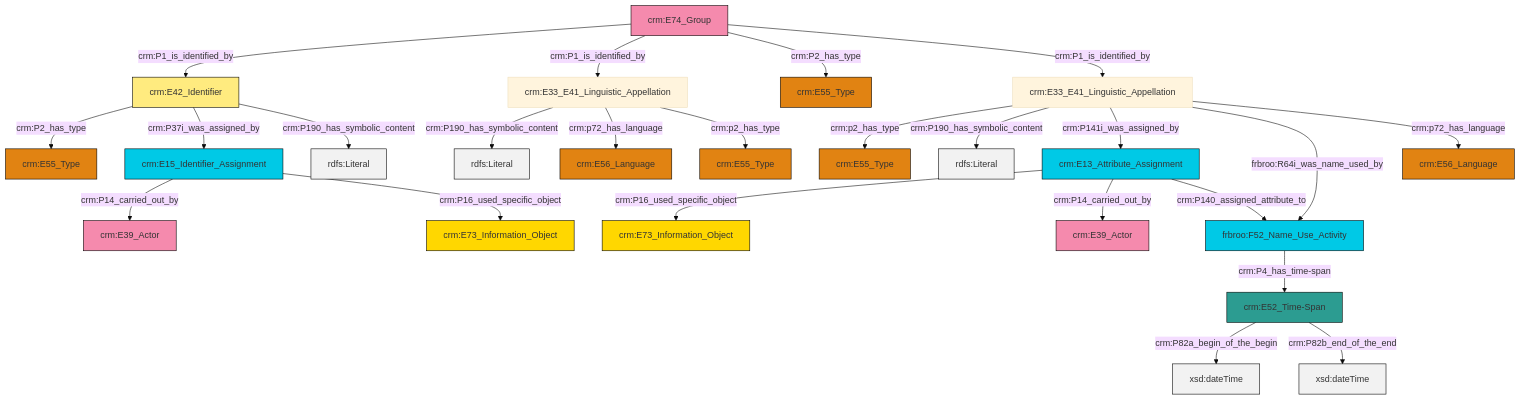
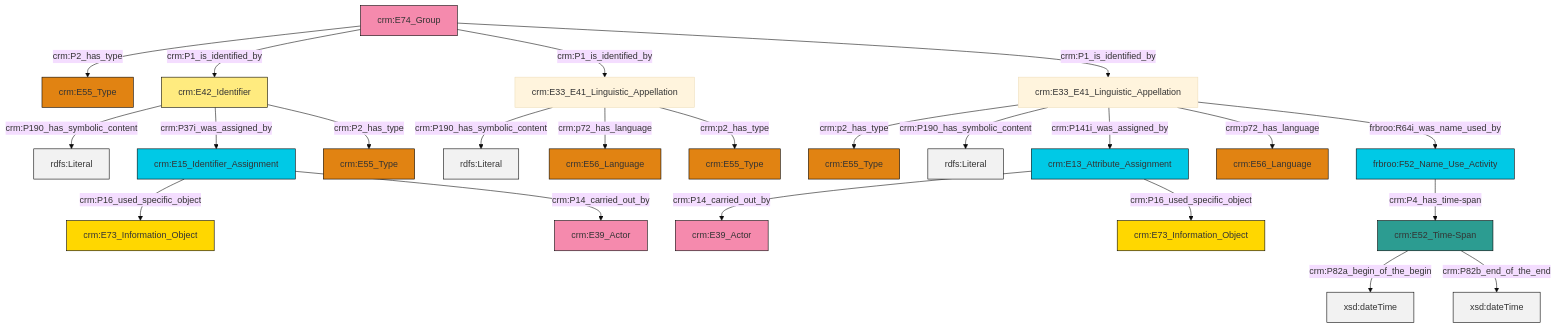
One commit to ncarboni/srdm changed the diagram in et/groupCSV/ttl/mmd/group_name.ttl.mmd. Above: the diagram before and after it, drawn with Mermaid (base theme). The commit also changed 395 other files, not shown here.

```diff
--- a/et/groupCSV/ttl/mmd/group_name.ttl.mmd
+++ b/et/groupCSV/ttl/mmd/group_name.ttl.mmd
@@ -1,38 +1,37 @@
 graph TD
 classDef Literal fill:#f2f2f2,stroke:#000000;
 classDef CRM_Entity fill:#FFFFFF,stroke:#000000;
 classDef Temporal_Entity fill:#00C9E6, stroke:#000000;
 classDef Type fill:#E18312, stroke:#000000;
 classDef Time-Span fill:#2C9C91, stroke:#000000;
 classDef Appellation fill:#FFEB7F, stroke:#000000;
 classDef Place fill:#008836, stroke:#000000;
 classDef Persistent_Item fill:#B266B2, stroke:#000000;
 classDef Conceptual_Object fill:#FFD700, stroke:#000000;
 classDef Physical_Thing fill:#D2B48C, stroke:#000000;
 classDef Actor fill:#f58aad, stroke:#000000;
 classDef PC_Classes fill:#4ce600, stroke:#000000;
 classDef Multi fill:#cccccc,stroke:#000000;
 
-0["crm:E74_Group"]:::Actor -->|crm:P1_is_identified_by| 1["crm:E42_Identifier"]:::Appellation
-4["crm:E33_E41_Linguistic_Appellation"]:::Default -->|crm:p2_has_type| 10["crm:E55_Type"]:::Type
-11["crm:E15_Identifier_Assignment"]:::Temporal_Entity -->|crm:P14_carried_out_by| 2["crm:E39_Actor"]:::Actor
-12["crm:E33_E41_Linguistic_Appellation"]:::Default -->|crm:P190_has_symbolic_content| 13[rdfs:Literal]:::Literal
-11["crm:E15_Identifier_Assignment"]:::Temporal_Entity -->|crm:P16_used_specific_object| 14["crm:E73_Information_Object"]:::Conceptual_Object
-17["crm:E13_Attribute_Assignment"]:::Temporal_Entity -->|crm:P16_used_specific_object| 6["crm:E73_Information_Object"]:::Conceptual_Object
-1["crm:E42_Identifier"]:::Appellation -->|crm:P2_has_type| 18["crm:E55_Type"]:::Type
-4["crm:E33_E41_Linguistic_Appellation"]:::Default -->|crm:P190_has_symbolic_content| 19[rdfs:Literal]:::Literal
-0["crm:E74_Group"]:::Actor -->|crm:P1_is_identified_by| 12["crm:E33_E41_Linguistic_Appellation"]:::Default
-12["crm:E33_E41_Linguistic_Appellation"]:::Default -->|crm:p72_has_language| 20["crm:E56_Language"]:::Type
-0["crm:E74_Group"]:::Actor -->|crm:P2_has_type| 15["crm:E55_Type"]:::Type
-24["crm:E52_Time-Span"]:::Time-Span -->|crm:P82a_begin_of_the_begin| 25[xsd:dateTime]:::Literal
-17["crm:E13_Attribute_Assignment"]:::Temporal_Entity -->|crm:P14_carried_out_by| 26["crm:E39_Actor"]:::Actor
-8["frbroo:F52_Name_Use_Activity"]:::Temporal_Entity -->|crm:P4_has_time-span| 24["crm:E52_Time-Span"]:::Time-Span
-17["crm:E13_Attribute_Assignment"]:::Temporal_Entity -->|crm:P140_assigned_attribute_to| 8["frbroo:F52_Name_Use_Activity"]:::Temporal_Entity
-12["crm:E33_E41_Linguistic_Appellation"]:::Default -->|crm:p2_has_type| 28["crm:E55_Type"]:::Type
-4["crm:E33_E41_Linguistic_Appellation"]:::Default -->|crm:P141i_was_assigned_by| 17["crm:E13_Attribute_Assignment"]:::Temporal_Entity
-4["crm:E33_E41_Linguistic_Appellation"]:::Default -->|frbroo:R64i_was_name_used_by| 8["frbroo:F52_Name_Use_Activity"]:::Temporal_Entity
-1["crm:E42_Identifier"]:::Appellation -->|crm:P37i_was_assigned_by| 11["crm:E15_Identifier_Assignment"]:::Temporal_Entity
-1["crm:E42_Identifier"]:::Appellation -->|crm:P190_has_symbolic_content| 34[rdfs:Literal]:::Literal
-0["crm:E74_Group"]:::Actor -->|crm:P1_is_identified_by| 4["crm:E33_E41_Linguistic_Appellation"]:::Default
-4["crm:E33_E41_Linguistic_Appellation"]:::Default -->|crm:p72_has_language| 38["crm:E56_Language"]:::Type
-24["crm:E52_Time-Span"]:::Time-Span -->|crm:P82b_end_of_the_end| 40[xsd:dateTime]:::Literal
+4["crm:E52_Time-Span"]:::Time-Span -->|crm:P82a_begin_of_the_begin| 5[xsd:dateTime]:::Literal
+6["crm:E33_E41_Linguistic_Appellation"]:::Default -->|crm:p2_has_type| 7["crm:E55_Type"]:::Type
+12["crm:E42_Identifier"]:::Appellation -->|crm:P190_has_symbolic_content| 13[rdfs:Literal]:::Literal
+6["crm:E33_E41_Linguistic_Appellation"]:::Default -->|crm:P190_has_symbolic_content| 16[rdfs:Literal]:::Literal
+6["crm:E33_E41_Linguistic_Appellation"]:::Default -->|crm:P141i_was_assigned_by| 14["crm:E13_Attribute_Assignment"]:::Temporal_Entity
+2["crm:E33_E41_Linguistic_Appellation"]:::Default -->|crm:P190_has_symbolic_content| 17[rdfs:Literal]:::Literal
+8["crm:E74_Group"]:::Actor -->|crm:P2_has_type| 20["crm:E55_Type"]:::Type
+4["crm:E52_Time-Span"]:::Time-Span -->|crm:P82b_end_of_the_end| 22[xsd:dateTime]:::Literal
+8["crm:E74_Group"]:::Actor -->|crm:P1_is_identified_by| 12["crm:E42_Identifier"]:::Appellation
+6["crm:E33_E41_Linguistic_Appellation"]:::Default -->|crm:p72_has_language| 23["crm:E56_Language"]:::Type
+2["crm:E33_E41_Linguistic_Appellation"]:::Default -->|crm:p72_has_language| 24["crm:E56_Language"]:::Type
+0["crm:E15_Identifier_Assignment"]:::Temporal_Entity -->|crm:P16_used_specific_object| 25["crm:E73_Information_Object"]:::Conceptual_Object
+14["crm:E13_Attribute_Assignment"]:::Temporal_Entity -->|crm:P14_carried_out_by| 18["crm:E39_Actor"]:::Actor
+0["crm:E15_Identifier_Assignment"]:::Temporal_Entity -->|crm:P14_carried_out_by| 26["crm:E39_Actor"]:::Actor
+8["crm:E74_Group"]:::Actor -->|crm:P1_is_identified_by| 2["crm:E33_E41_Linguistic_Appellation"]:::Default
+14["crm:E13_Attribute_Assignment"]:::Temporal_Entity -->|crm:P16_used_specific_object| 29["crm:E73_Information_Object"]:::Conceptual_Object
+12["crm:E42_Identifier"]:::Appellation -->|crm:P37i_was_assigned_by| 0["crm:E15_Identifier_Assignment"]:::Temporal_Entity
+2["crm:E33_E41_Linguistic_Appellation"]:::Default -->|crm:p2_has_type| 27["crm:E55_Type"]:::Type
+8["crm:E74_Group"]:::Actor -->|crm:P1_is_identified_by| 6["crm:E33_E41_Linguistic_Appellation"]:::Default
+10["frbroo:F52_Name_Use_Activity"]:::Temporal_Entity -->|crm:P4_has_time-span| 4["crm:E52_Time-Span"]:::Time-Span
+6["crm:E33_E41_Linguistic_Appellation"]:::Default -->|frbroo:R64i_was_name_used_by| 10["frbroo:F52_Name_Use_Activity"]:::Temporal_Entity
+12["crm:E42_Identifier"]:::Appellation -->|crm:P2_has_type| 38["crm:E55_Type"]:::Type
```
